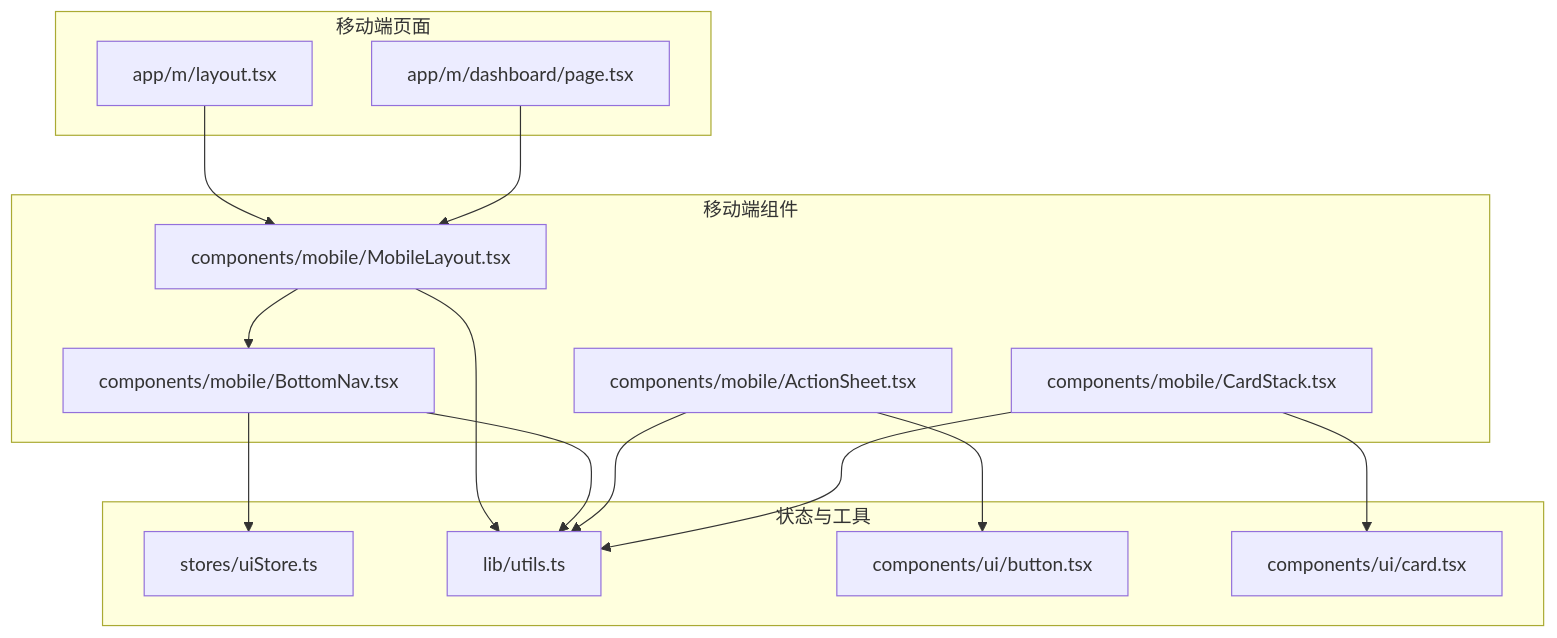
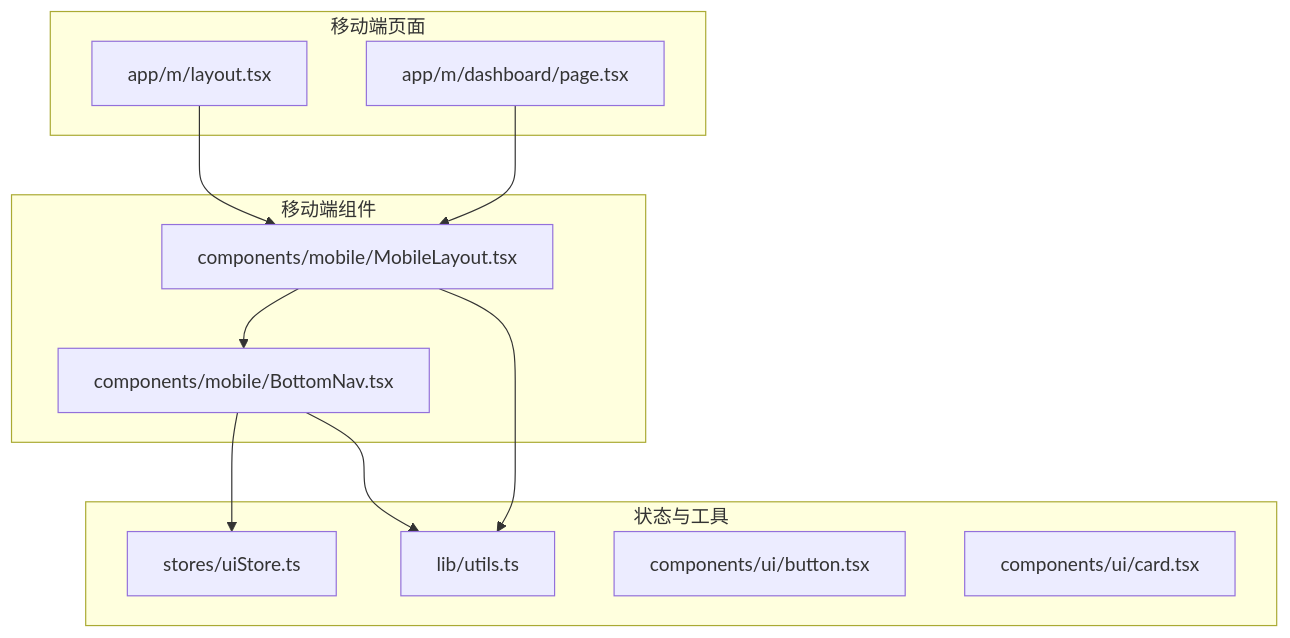
The first of 6 diagrams in .qoder/repowiki/zh/content/前端应用架构/组件系统架构/移动端组件.md (gujialind/InvestRing), drawn with Mermaid before and after one commit. The commit also changed other lines of this file and 32 other files, not shown here.

````diff
--- a/.qoder/repowiki/zh/content/前端应用架构/组件系统架构/移动端组件.md
+++ b/.qoder/repowiki/zh/content/前端应用架构/组件系统架构/移动端组件.md
@@ -48,29 +53,23 @@
 ```mermaid
 graph TB
 subgraph "移动端页面"
 MLayout["app/m/layout.tsx"]
 MDashboard["app/m/dashboard/page.tsx"]
 end
 subgraph "移动端组件"
 ML["components/mobile/MobileLayout.tsx"]
 BN["components/mobile/BottomNav.tsx"]
-AS["components/mobile/ActionSheet.tsx"]
-CS["components/mobile/CardStack.tsx"]
 end
 subgraph "状态与工具"
 UIStore["stores/uiStore.ts"]
 Utils["lib/utils.ts"]
 Btn["components/ui/button.tsx"]
 Card["components/ui/card.tsx"]
 end
 MLayout --> ML
 ML --> BN
 MDashboard --> ML
 BN --> UIStore
-AS --> Btn
-CS --> Card
 ML --> Utils
 BN --> Utils
-AS --> Utils
-CS --> Utils
 ```
````
